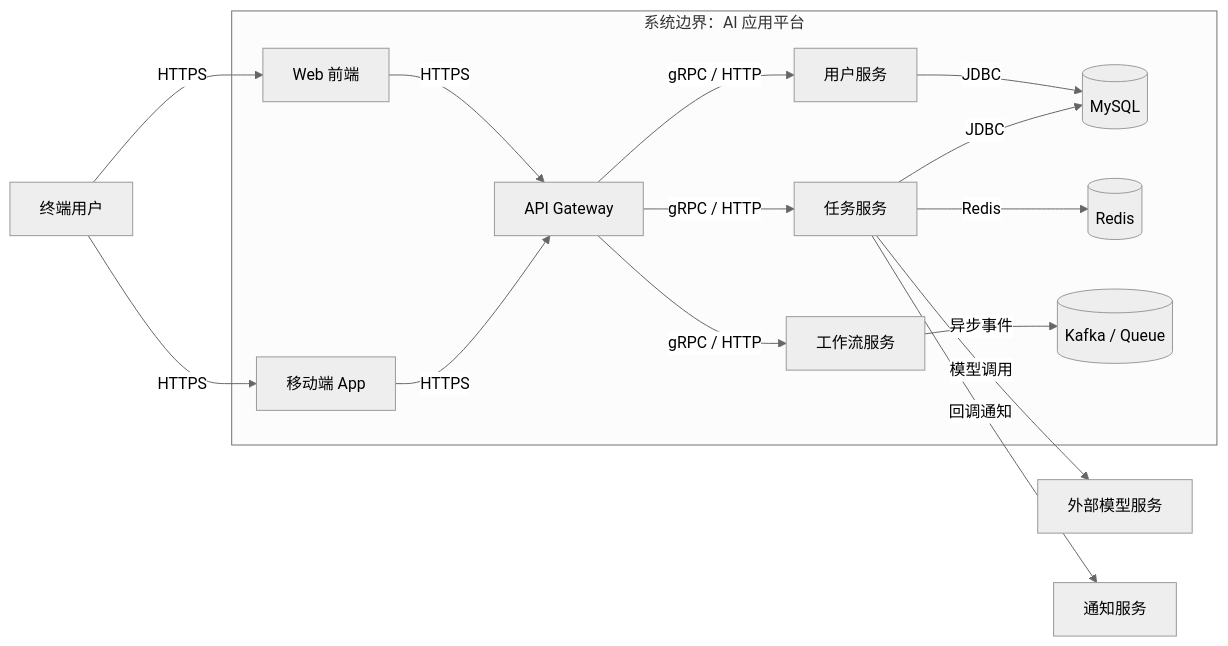
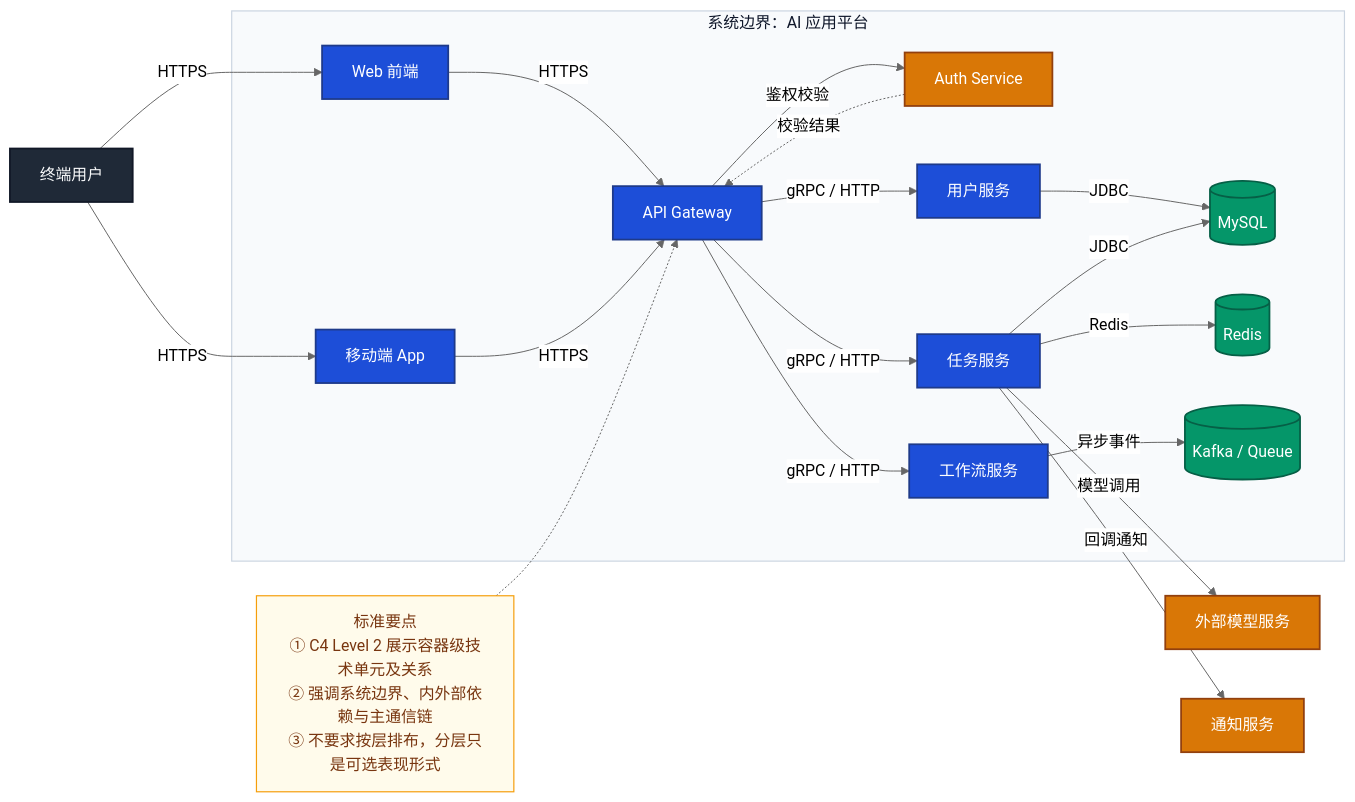
One commit to amuqiao/FastAPI-MVC changed the first of 2 diagrams in 7.提示词与AI协作/分析维度与标准出图/整体架构图.md. Above: the diagram before and after it, drawn with Mermaid (neutral theme). The commit also changed other lines of this file and 23 other files, not shown here.

````diff
--- a/7.提示词与AI协作/分析维度与标准出图/整体架构图.md
+++ b/7.提示词与AI协作/分析维度与标准出图/整体架构图.md
@@ -35,33 +59,53 @@
 ```mermaid
 flowchart LR
     User["终端用户"]
 
     subgraph SYSTEM["系统边界：AI 应用平台"]
         Web["Web 前端"]
         Mobile["移动端 App"]
         Gateway["API Gateway"]
+        Auth["Auth Service"]
         UserSvc["用户服务"]
         TaskSvc["任务服务"]
         WorkflowSvc["工作流服务"]
         DB[("MySQL")]
         Cache[("Redis")]
         MQ[("Kafka / Queue")]
     end
 
     LLM["外部模型服务"]
     Notify["通知服务"]
 
     User -->|HTTPS| Web
     User -->|HTTPS| Mobile
     Web -->|HTTPS| Gateway
     Mobile -->|HTTPS| Gateway
+    Gateway -->|鉴权校验| Auth
+    Auth -.->|校验结果| Gateway
     Gateway -->|gRPC / HTTP| UserSvc
     Gateway -->|gRPC / HTTP| TaskSvc
     Gateway -->|gRPC / HTTP| WorkflowSvc
     UserSvc -->|JDBC| DB
     TaskSvc -->|JDBC| DB
     TaskSvc -->|Redis| Cache
     WorkflowSvc -->|异步事件| MQ
     TaskSvc -->|模型调用| LLM
     TaskSvc -->|回调通知| Notify
+
+    NOTE["标准要点<br/>① C4 Level 2 展示容器级技术单元及关系<br/>② 强调系统边界、内外部依赖与主通信链<br/>③ 不要求按层排布，分层只是可选表现形式"]:::noteStyle
+    NOTE -.-> Gateway
+
+    classDef entryStyle fill:#1f2937,stroke:#111827,stroke-width:1.8px,color:#f9fafb
+    classDef serviceStyle fill:#1d4ed8,stroke:#1e3a8a,stroke-width:1.8px,color:#ffffff
+    classDef storeStyle fill:#059669,stroke:#065f46,stroke-width:1.8px,color:#ffffff
+    classDef externalStyle fill:#d97706,stroke:#92400e,stroke-width:1.8px,color:#ffffff
+    classDef layerStyle fill:#f8fafc,stroke:#cbd5e1,stroke-width:1.2px,color:#0f172a
+    classDef noteStyle fill:#fffbeb,stroke:#f59e0b,stroke-width:1.2px,color:#78350f
+
+    class User entryStyle
+    class Web,Mobile,Gateway,UserSvc,TaskSvc,WorkflowSvc serviceStyle
+    class Auth externalStyle
+    class DB,Cache,MQ storeStyle
+    class LLM,Notify externalStyle
+    class SYSTEM layerStyle
 ```
````
